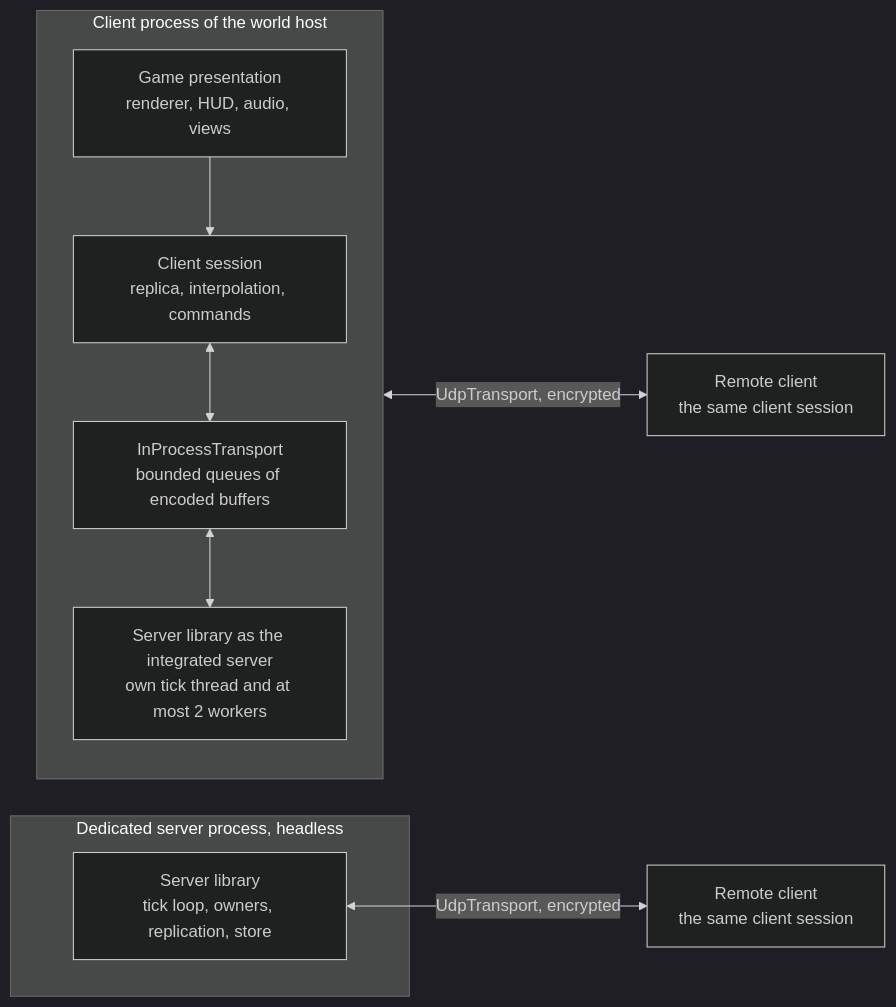
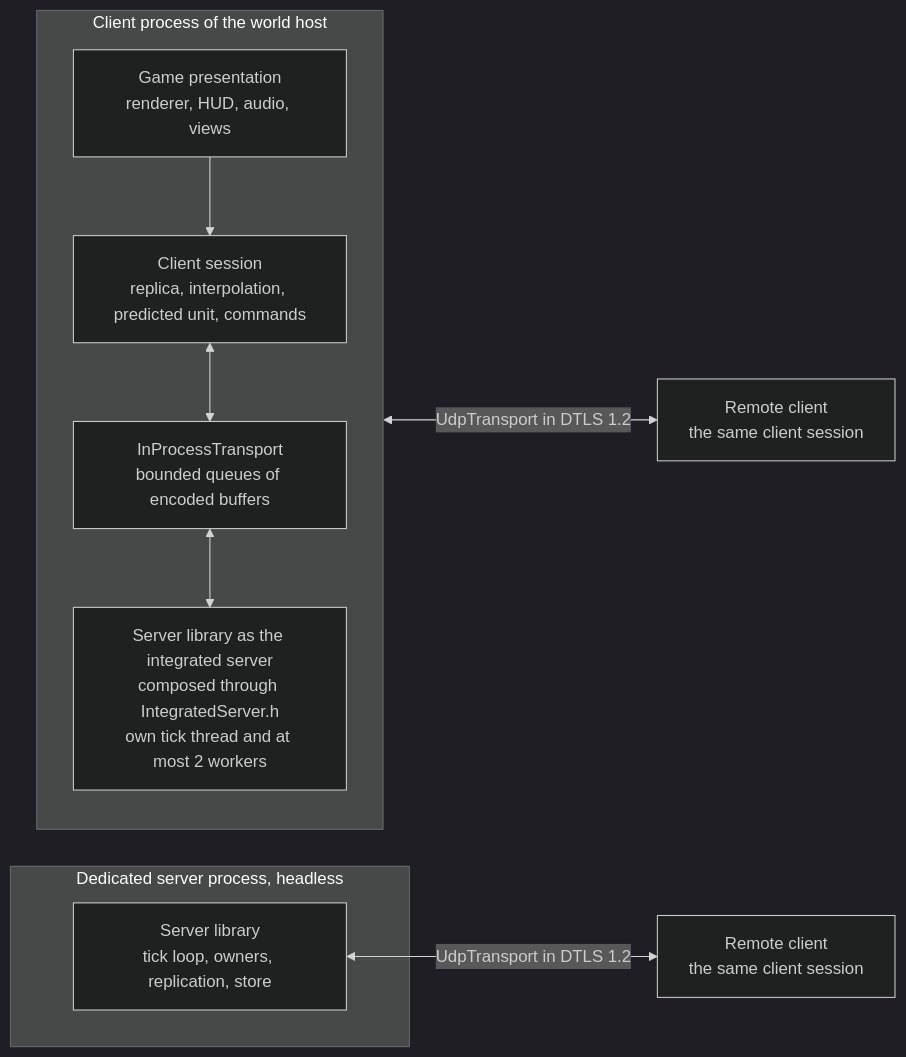
One commit to Zwaliebaba/Species.AI changed the first of 2 diagrams in Design/architecture/04_solution_strategy.md. Above: the diagram before and after it, drawn with Mermaid (dark theme). The commit also changed other lines of this file and 21 other files, not shown here.

````diff
--- a/Design/architecture/04_solution_strategy.md
+++ b/Design/architecture/04_solution_strategy.md
@@ -70,20 +70,20 @@
 ```mermaid
 flowchart LR
     subgraph HOST["Client process of the world host"]
         direction TB
         PRES["Game presentation<br/>renderer, HUD, audio, views"]
-        SESS["Client session<br/>replica, interpolation, commands"]
+        SESS["Client session<br/>replica, interpolation, predicted unit, commands"]
         INPROC["InProcessTransport<br/>bounded queues of encoded buffers"]
-        INTEG["Server library as the integrated server<br/>own tick thread and at most 2 workers"]
+        INTEG["Server library as the integrated server<br/>composed through IntegratedServer.h<br/>own tick thread and at most 2 workers"]
         PRES --> SESS
         SESS <--> INPROC
         INPROC <--> INTEG
     end
     subgraph DED["Dedicated server process, headless"]
         DSRV["Server library<br/>tick loop, owners, replication, store"]
     end
     REMOTE1["Remote client<br/>the same client session"]
     REMOTE2["Remote client<br/>the same client session"]
-    INTEG <-->|"UdpTransport, encrypted"| REMOTE1
-    DSRV <-->|"UdpTransport, encrypted"| REMOTE2
+    INTEG <-->|"UdpTransport in DTLS 1.2"| REMOTE1
+    DSRV <-->|"UdpTransport in DTLS 1.2"| REMOTE2
 ```
````
